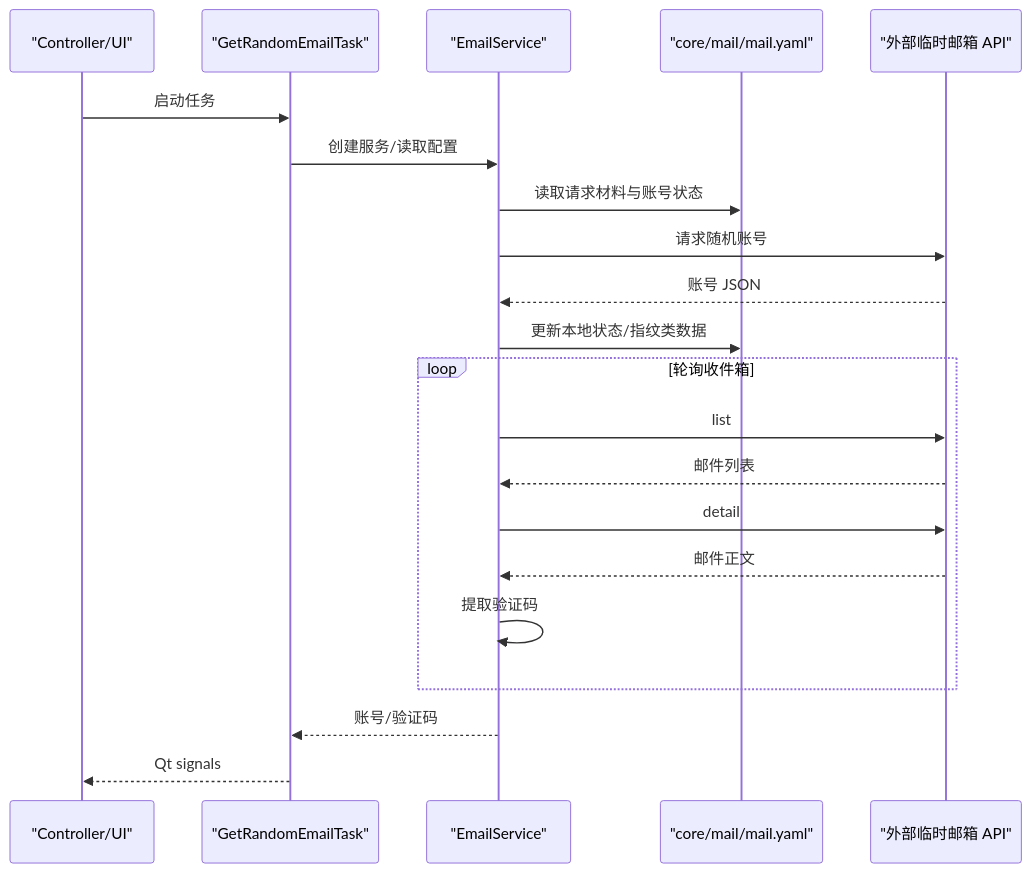
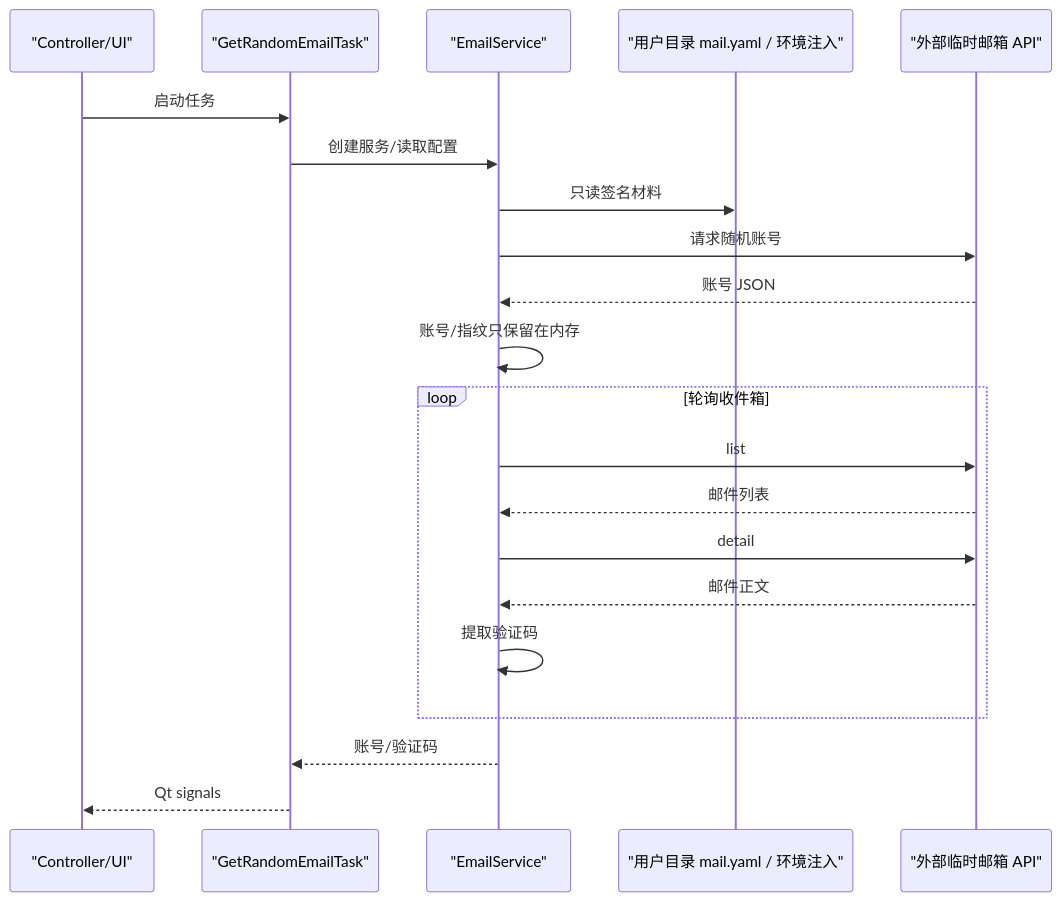
One commit to BlackHu-art/ADBLab changed the fifth of 5 diagrams in docs/project-knowledge/DATA_FLOW.md. Above: the diagram before and after it, drawn with Mermaid. The commit also changed other lines of this file and 156 other files, not shown here.

````diff
--- a/docs/project-knowledge/DATA_FLOW.md
+++ b/docs/project-knowledge/DATA_FLOW.md
@@ -112,24 +112,24 @@
 ```mermaid
 sequenceDiagram
     participant UI as "Controller/UI"
     participant Task as "GetRandomEmailTask"
     participant Service as "EmailService"
-    participant YAML as "core/mail/mail.yaml"
+    participant Config as "用户目录 mail.yaml / 环境注入"
     participant API as "外部临时邮箱 API"
 
     UI->>Task: 启动任务
     Task->>Service: 创建服务/读取配置
-    Service->>YAML: 读取请求材料与账号状态
+    Service->>Config: 只读签名材料
     Service->>API: 请求随机账号
     API-->>Service: 账号 JSON
-    Service->>YAML: 更新本地状态/指纹类数据
+    Service->>Service: 账号/指纹只保留在内存
     loop 轮询收件箱
         Service->>API: list
         API-->>Service: 邮件列表
         Service->>API: detail
         API-->>Service: 邮件正文
         Service->>Service: 提取验证码
     end
     Service-->>Task: 账号/验证码
     Task-->>UI: Qt signals
 ```
````
